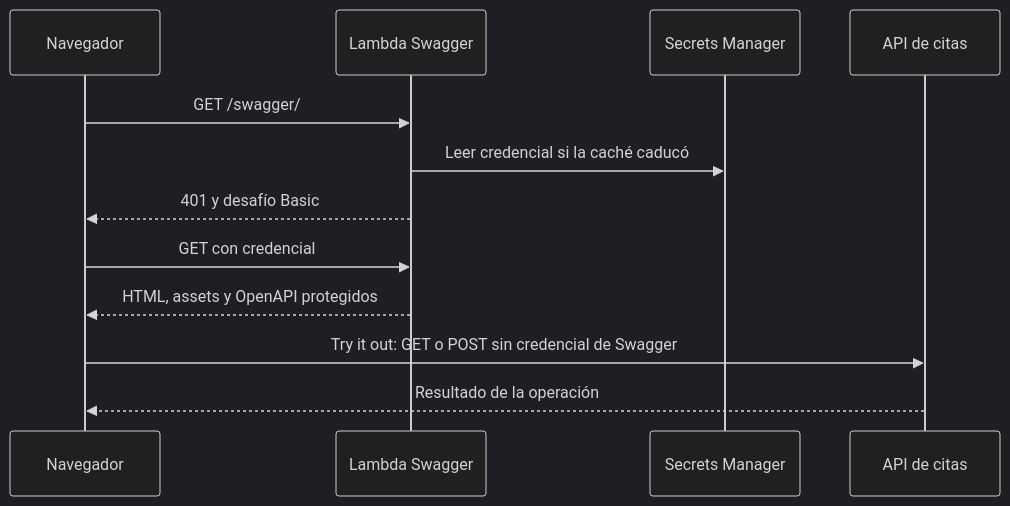
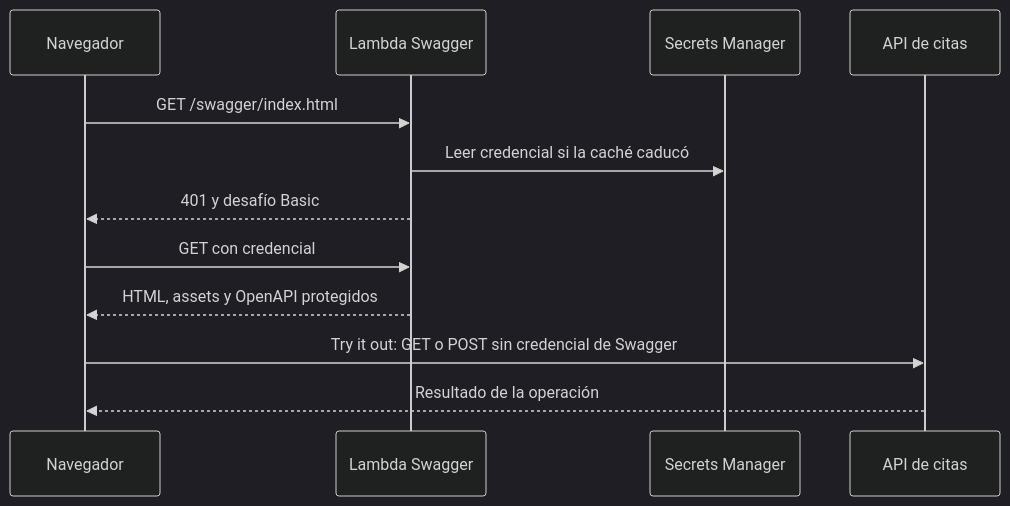
The fourth of 4 diagrams in docs/flujos.md (OliPau/rimac-api), drawn with Mermaid (dark theme) before and after one commit. The commit also changed other lines of this file and 6 other files, not shown here.

````diff
--- a/docs/flujos.md
+++ b/docs/flujos.md
@@ -91,14 +91,14 @@
 ```mermaid
 sequenceDiagram
     participant Browser as Navegador
     participant Docs as Lambda Swagger
     participant Secrets as Secrets Manager
     participant API as API de citas
-    Browser->>Docs: GET /swagger/
+    Browser->>Docs: GET /swagger/index.html
     Docs->>Secrets: Leer credencial si la caché caducó
     Docs-->>Browser: 401 y desafío Basic
     Browser->>Docs: GET con credencial
     Docs-->>Browser: HTML, assets y OpenAPI protegidos
     Browser->>API: Try it out: GET o POST sin credencial de Swagger
     API-->>Browser: Resultado de la operación
 ```
````
